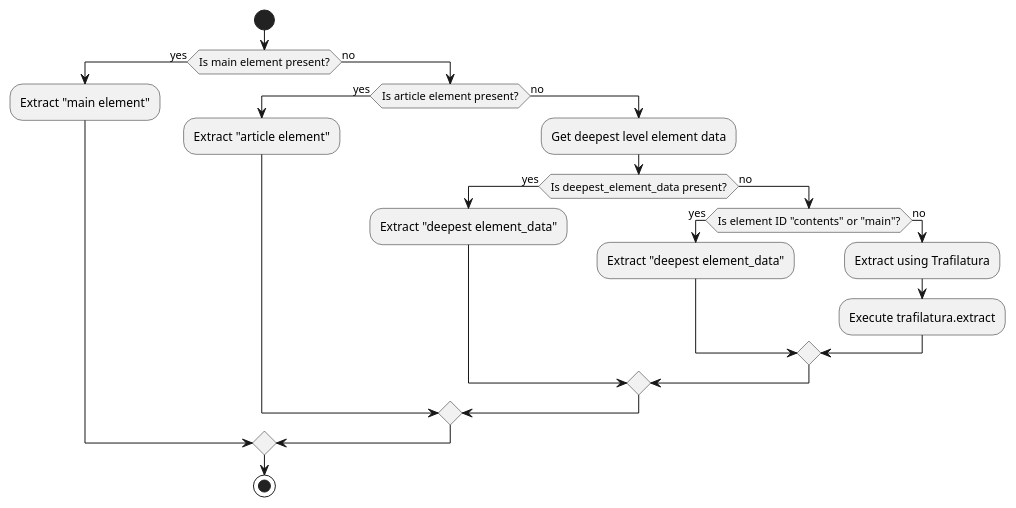
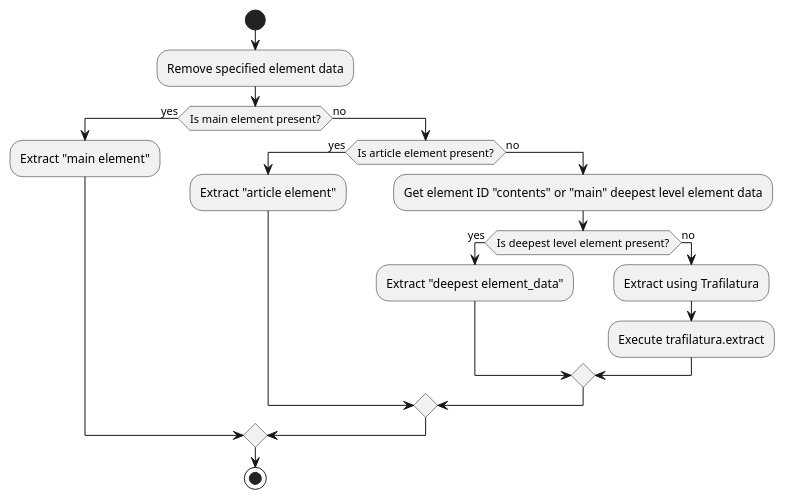
Before and after one commit to HawkClaws/main_content_extractor: the diagram in content_extraction_sequence.pu, drawn with PlantUML. The commit also changed 1 other file, not shown here.

```diff
--- a/content_extraction_sequence.pu
+++ b/content_extraction_sequence.pu
@@ -1,23 +1,20 @@
 @startuml
 start
+:Remove specified element data;
 if (Is main element present?) then (yes)
   :Extract "main element";
 else (no)
   if (Is article element present?) then (yes)
     :Extract "article element";
   else (no)
-    :Get deepest level element data;
-    if (Is deepest_element_data present?) then (yes)
+    :Get element ID "contents" or "main" deepest level element data;
+    if (Is deepest level element present?) then (yes)
       :Extract "deepest element_data";
     else (no)
-      if (Is element ID "contents" or "main"?) then (yes)
-        :Extract "deepest element_data";
-      else (no)
-        :Extract using Trafilatura;
-        :Execute trafilatura.extract;
-      endif
+      :Extract using Trafilatura;
+      :Execute trafilatura.extract;
     endif
   endif
 endif
 stop
 @enduml
```
